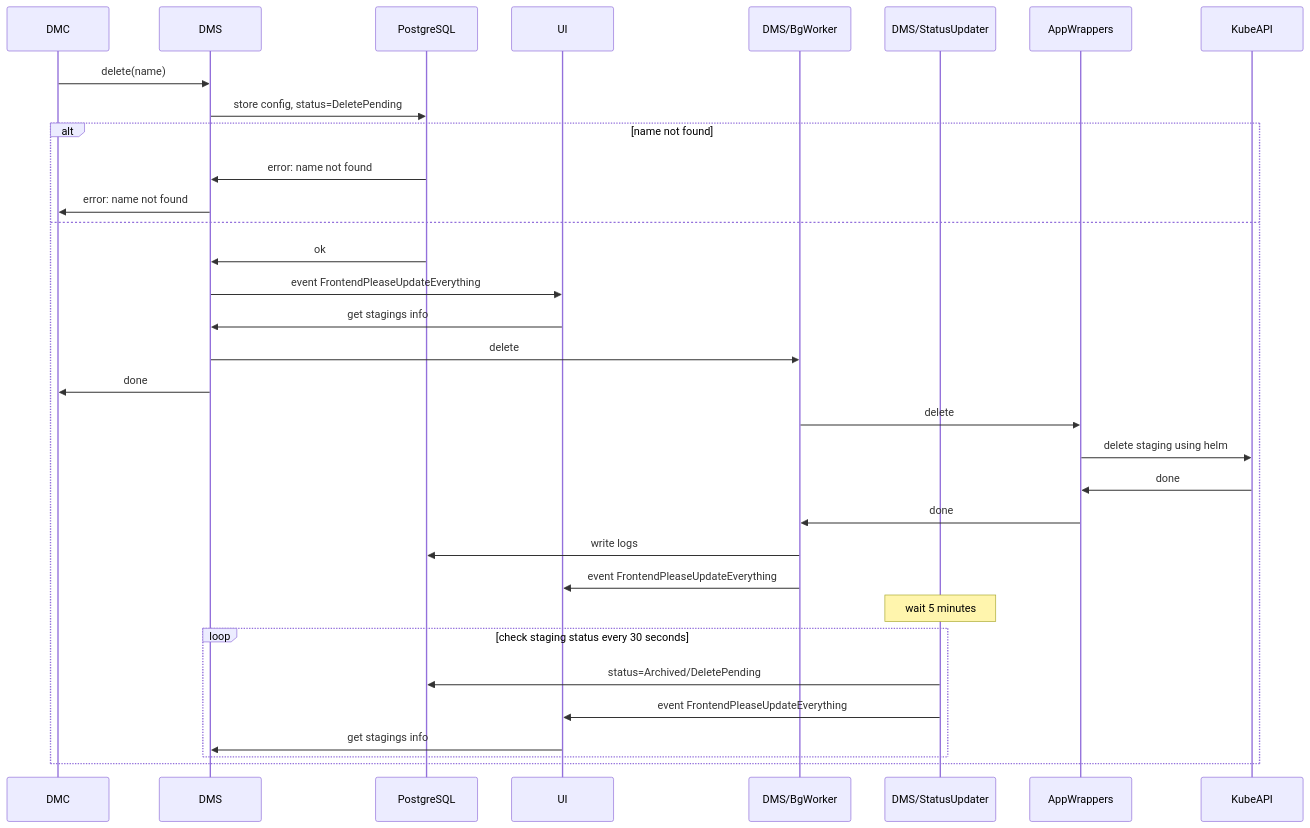
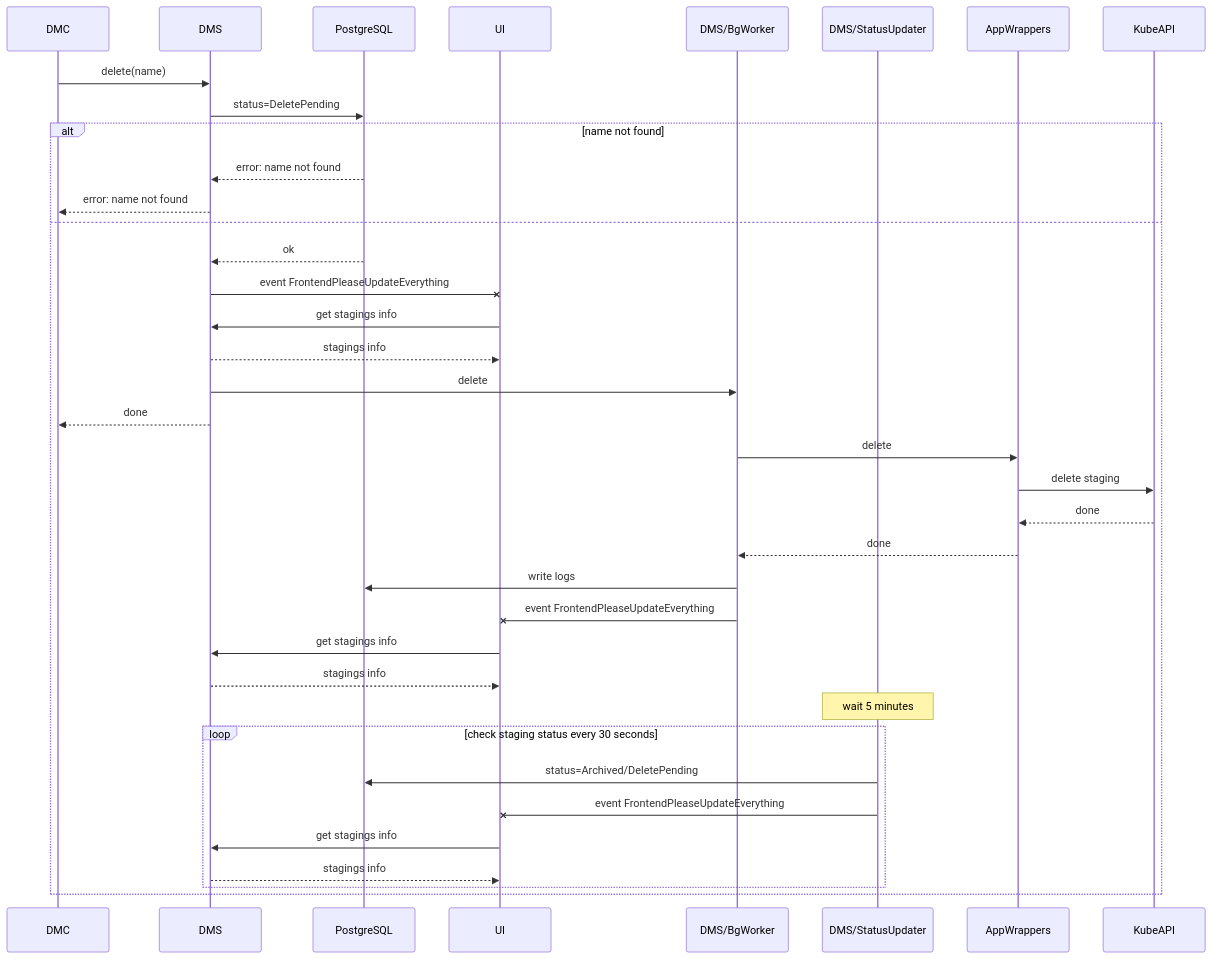
The diagram in docs/diagrams/src/technical-architecture-delete-via-cli.mmd (typeable/octopod), drawn with Mermaid before and after one commit. The commit also changed 23 other files, not shown here.

Commit message:
add 'Files of app wrappers' section, change arrows style of sequence diagrams

```diff
--- a/docs/diagrams/src/technical-architecture-delete-via-cli.mmd
+++ b/docs/diagrams/src/technical-architecture-delete-via-cli.mmd
@@ -1,33 +1,37 @@
 sequenceDiagram
     participant DMC
     participant DMS
     participant PostgreSQL
     participant UI
     participant DMS/BgWorker
     participant DMS/StatusUpdater
     participant AppWrappers
     participant KubeAPI
     DMC->>DMS: delete(name)
-    DMS->>PostgreSQL: store config, status=DeletePending
+    DMS->>PostgreSQL: status=DeletePending
     alt name not found
-        PostgreSQL->>DMS: error: name not found
-        DMS->>DMC: error: name not found
+        PostgreSQL-->>DMS: error: name not found
+        DMS-->>DMC: error: name not found
     else
-        PostgreSQL->>DMS: ok
-        DMS->>UI: event FrontendPleaseUpdateEverything
+        PostgreSQL-->>DMS: ok
+        DMS-xUI: event FrontendPleaseUpdateEverything
         UI->>DMS: get stagings info
+        DMS-->>UI: stagings info
         DMS->>DMS/BgWorker: delete
-        DMS->>DMC: done
+        DMS-->>DMC: done
         DMS/BgWorker->>AppWrappers: delete
-        AppWrappers->>KubeAPI: delete staging using helm
-        KubeAPI->>AppWrappers: done
-        AppWrappers->>DMS/BgWorker: done
+        AppWrappers->>KubeAPI: delete staging
+        KubeAPI-->>AppWrappers: done
+        AppWrappers-->>DMS/BgWorker: done
         DMS/BgWorker->>PostgreSQL: write logs
-        DMS/BgWorker->>UI: event FrontendPleaseUpdateEverything
+        DMS/BgWorker-xUI: event FrontendPleaseUpdateEverything
+        UI->>DMS: get stagings info
+        DMS-->>UI: stagings info
         Note over DMS/StatusUpdater: wait 5 minutes
         loop check staging status every 30 seconds
             DMS/StatusUpdater->>PostgreSQL: status=Archived/DeletePending
-            DMS/StatusUpdater->>UI: event FrontendPleaseUpdateEverything
+            DMS/StatusUpdater-xUI: event FrontendPleaseUpdateEverything
             UI->>DMS: get stagings info
+            DMS-->>UI: stagings info
         end
     end
```
